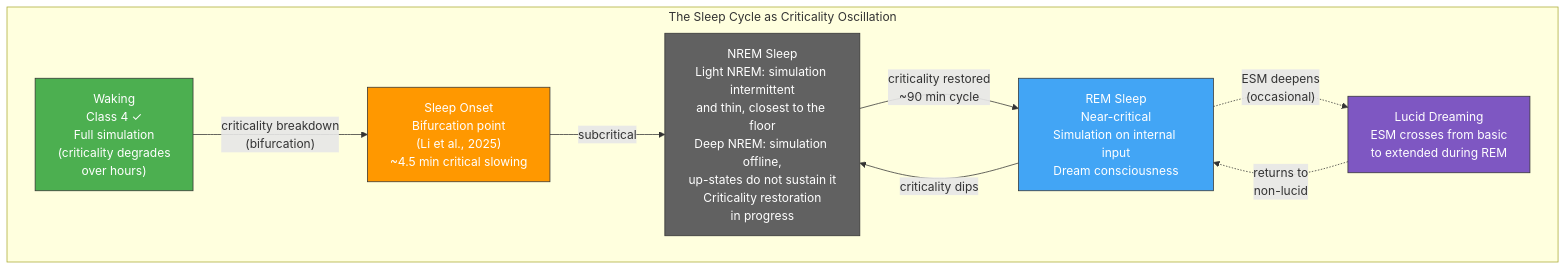
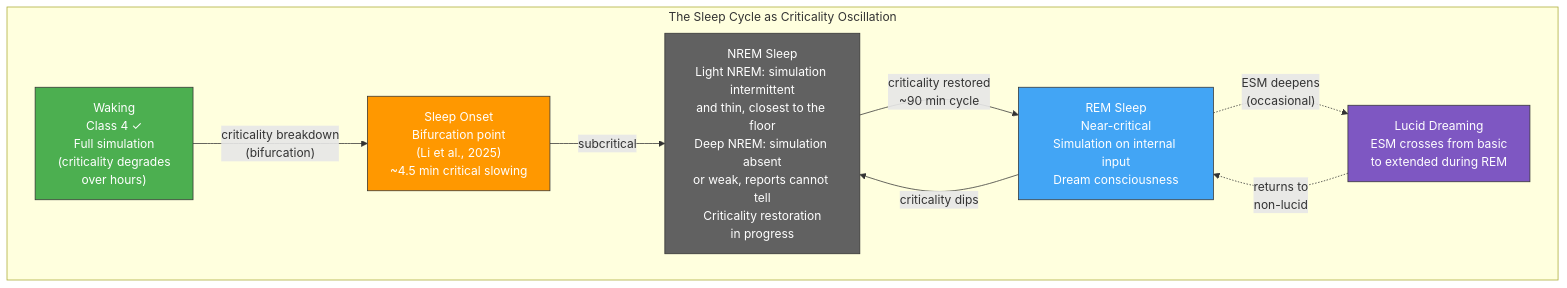
The diagram in wiki/phenomena/sleep.md (JeltzProstetnic/aIware), drawn with Mermaid before and after one commit. The commit also changed other lines of this file and 31 other files, not shown here.

````diff
--- a/wiki/phenomena/sleep.md
+++ b/wiki/phenomena/sleep.md
@@ -33,27 +33,27 @@
 ```mermaid
 graph TD
     subgraph "The Sleep Cycle as Criticality Oscillation"
         WAKE["Waking\nClass 4 ✓\nFull simulation\n(criticality degrades\nover hours)"]
 
         ONSET["Sleep Onset\nBifurcation point\n(Li et al., 2025)\n~4.5 min critical slowing"]
 
-        NREM["NREM Sleep\nLight NREM: simulation intermittent\nand thin, closest to the floor\nDeep NREM: simulation offline,\nup-states do not sustain it\nCriticality restoration\nin progress"]
+        NREM["NREM Sleep\nLight NREM: simulation intermittent\nand thin, closest to the floor\nDeep NREM: simulation absent\nor weak, reports cannot tell\nCriticality restoration\nin progress"]
 
         REM["REM Sleep\nNear-critical\nSimulation on internal input\nDream consciousness"]
 
         LUCID["Lucid Dreaming\nESM crosses from basic\nto extended during REM"]
     end
 
     WAKE -->|"criticality breakdown\n(bifurcation)"| ONSET
     ONSET -->|"subcritical"| NREM
     NREM -->|"criticality restored\n~90 min cycle"| REM
     REM -->|"criticality dips"| NREM
     REM -.->|"ESM deepens\n(occasional)"| LUCID
     LUCID -.->|"returns to\nnon-lucid"| REM
 
     style WAKE fill:#4CAF50,stroke:#333,color:#fff
     style ONSET fill:#FF9800,stroke:#333,color:#fff
     style NREM fill:#616161,stroke:#333,color:#fff
     style REM fill:#42A5F5,stroke:#333,color:#fff
     style LUCID fill:#7E57C2,stroke:#333,color:#fff
 ```
````
